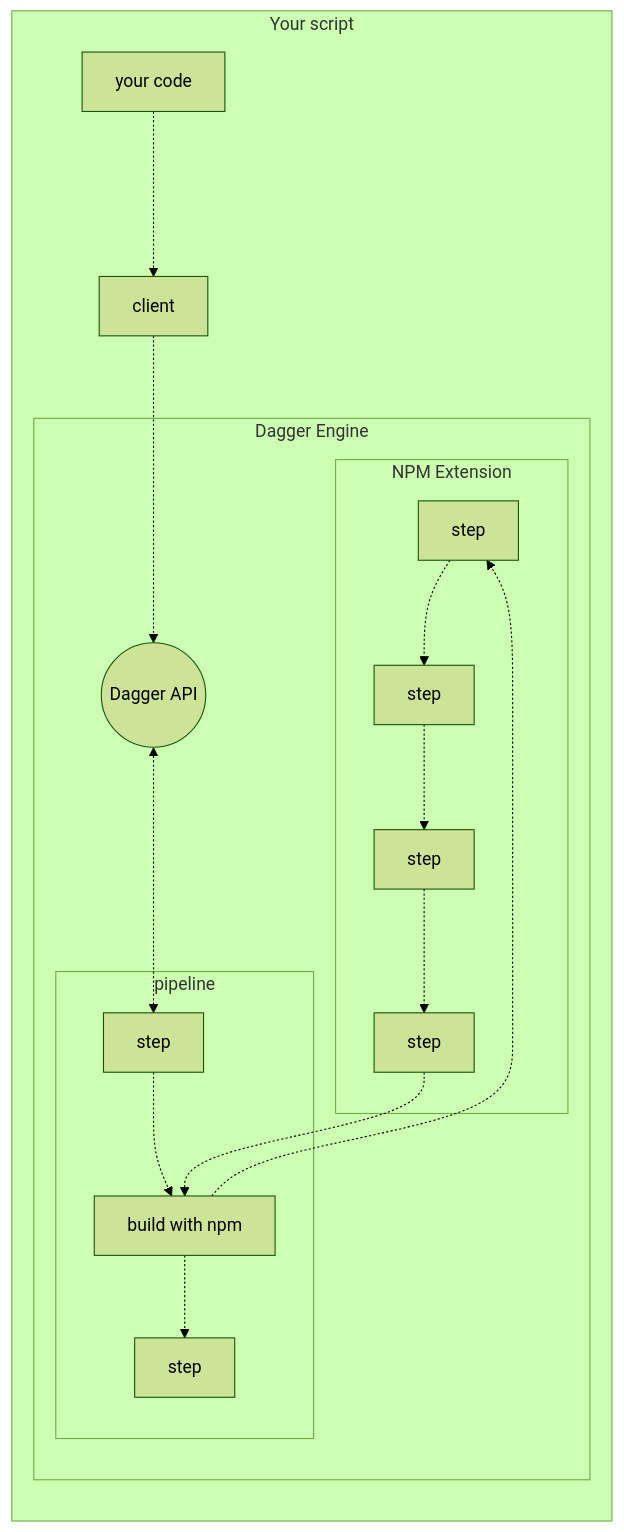
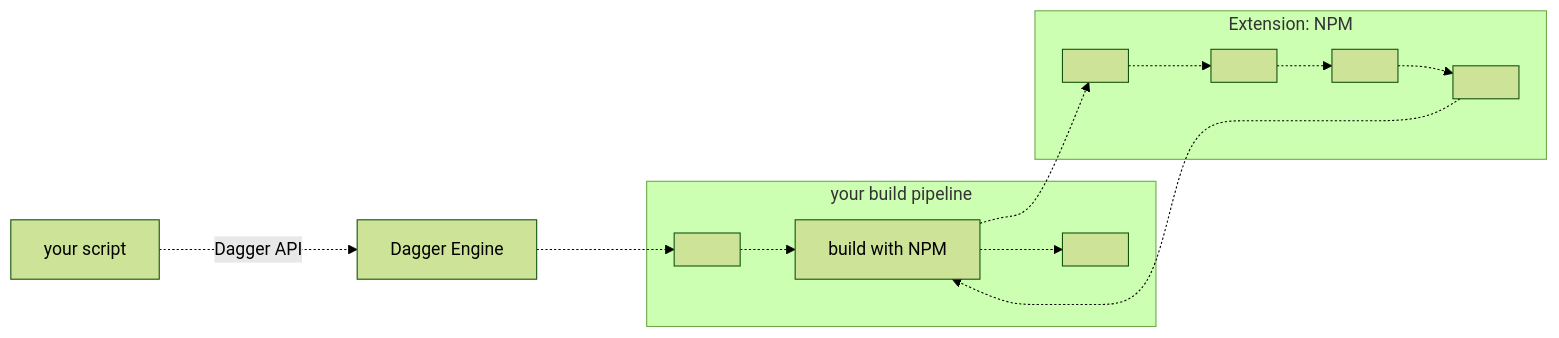
Before and after one commit to dagger/dagger: the second of 2 diagrams in docs/unxpq-introduction.md, drawn with Mermaid (forest theme). The commit also changed other lines of this file, not shown here.

````diff
--- a/docs/unxpq-introduction.md
+++ b/docs/unxpq-introduction.md
@@ -72,22 +80,16 @@
 ```mermaid
 graph LR;
 
-subgraph script["Your script"]
+script["your script"] -. Dagger API ..-> engine["Dagger Engine"]
 
-  code["your code"] -..-> client["client"] -..-> api
-  subgraph engine["Dagger Engine"]
-    api((Dagger API))
-    subgraph pipeline
-      A1["step"] -.-> A2["build with npm"] -.-> A3["step"]
+subgraph A["your build pipeline"]
+  A1[" "] -.-> A2["build with NPM"] -.-> A3[" "]
+end
+
+  A2 -.-> B1
+    B4 -.-> A2
+subgraph p2["Extension: NPM"]
+      B1[" "] -.-> B2[" "] -.-> B3[" "] -.-> B4[" "]
     end
-    A2 -.-> B1
-    B4 -.-> A2
-
-    subgraph p2["NPM Extension"]
-      B1["step"] -.-> B2["step"] -.-> B3["step"] -.-> B4["step"]
-    end
-  
-    api <-..-> A1
-  end
-end
+engine -..-> A1
 ```
````
